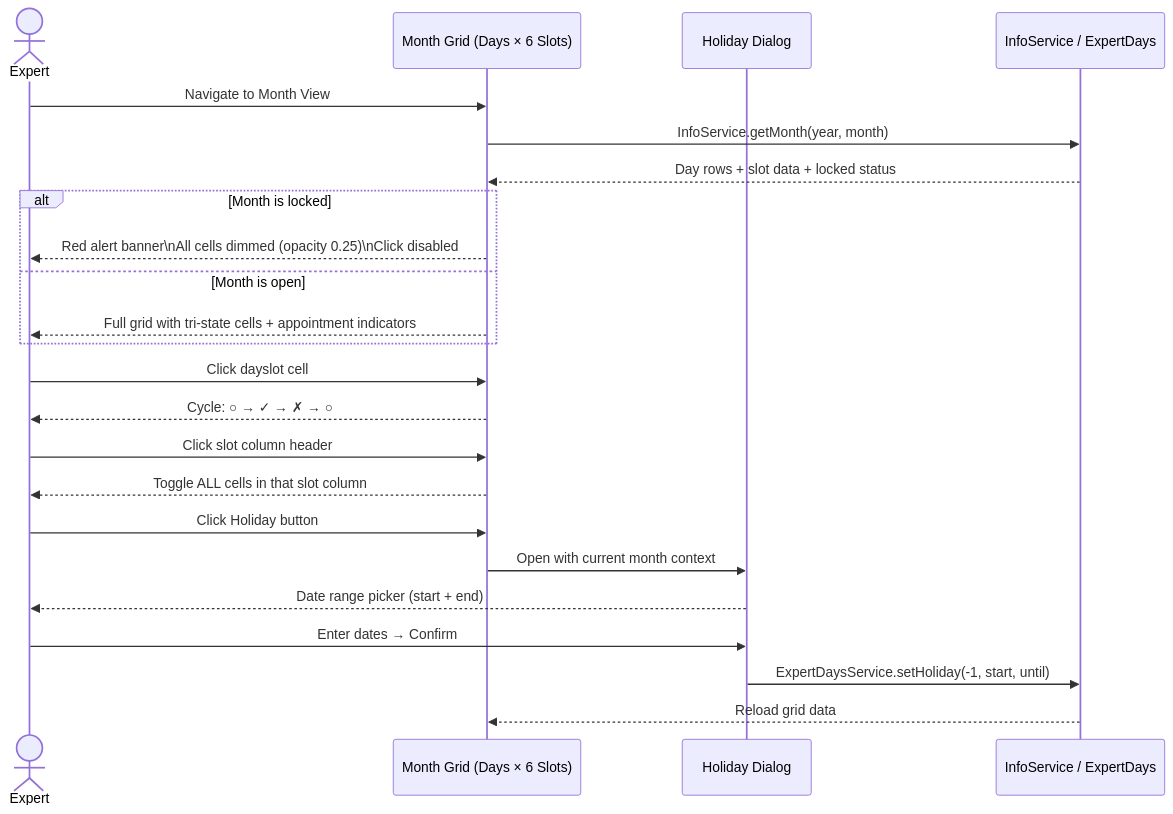
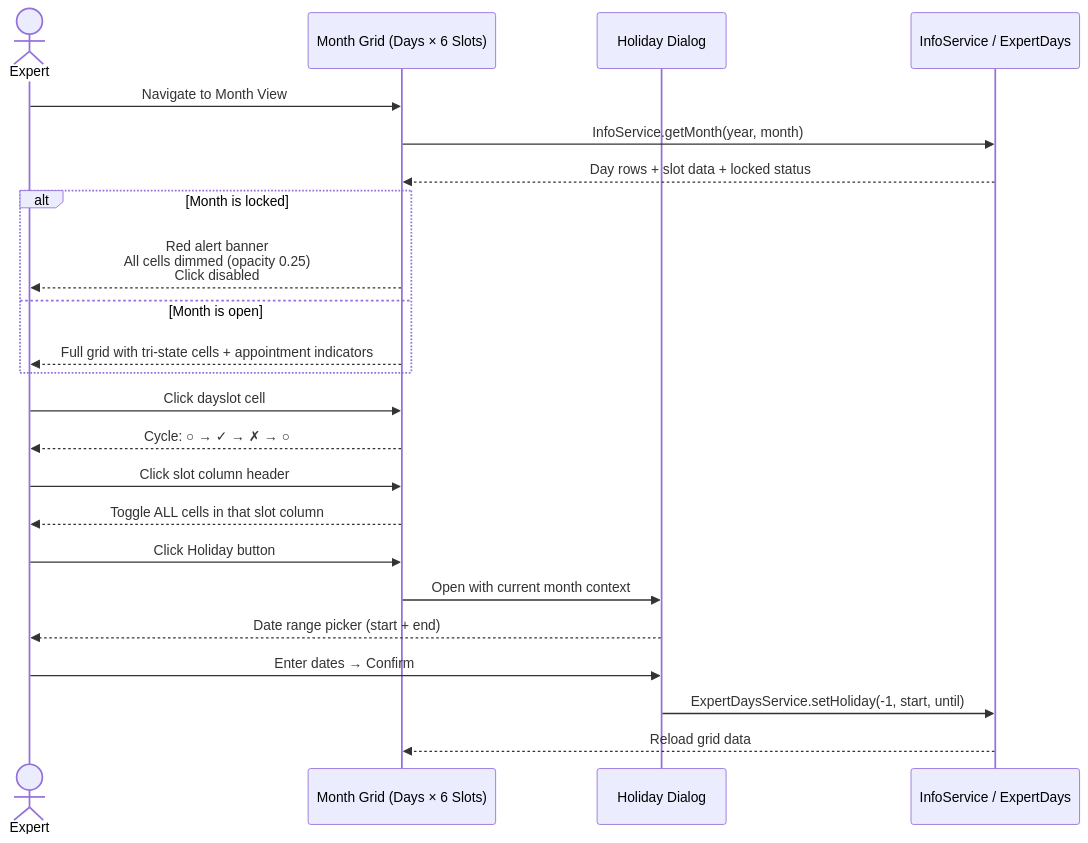
One commit to RaphaelBossek/BearStudio-start-ui-web changed the ninth of 12 diagrams in specs/wireframes/planning/workflows.md. Above: the diagram before and after it, drawn with Mermaid. The commit also changed other lines of this file and 14 other files, not shown here.

First line of the commit message:
fix(mermaid): replace \n with <br> for proper line breaks

````diff
--- a/specs/wireframes/planning/workflows.md
+++ b/specs/wireframes/planning/workflows.md
@@ -404,31 +404,31 @@
 ```mermaid
 sequenceDiagram
     actor Expert
     participant MonthGrid as Month Grid (Days × 6 Slots)
     participant HolidayDlg as Holiday Dialog
     participant Server as InfoService / ExpertDays
 
     Expert->>MonthGrid: Navigate to Month View
     MonthGrid->>Server: InfoService.getMonth(year, month)
     Server-->>MonthGrid: Day rows + slot data + locked status
 
     alt Month is locked
-        MonthGrid-->>Expert: Red alert banner\nAll cells dimmed (opacity 0.25)\nClick disabled
+        MonthGrid-->>Expert: Red alert banner<br>All cells dimmed (opacity 0.25)<br>Click disabled
     else Month is open
         MonthGrid-->>Expert: Full grid with tri-state cells + appointment indicators
     end
 
     Expert->>MonthGrid: Click dayslot cell
     MonthGrid-->>Expert: Cycle: ○ → ✓ → ✗ → ○
 
     Expert->>MonthGrid: Click slot column header
     MonthGrid-->>Expert: Toggle ALL cells in that slot column
 
     Expert->>MonthGrid: Click Holiday button
     MonthGrid->>HolidayDlg: Open with current month context
     HolidayDlg-->>Expert: Date range picker (start + end)
 
     Expert->>HolidayDlg: Enter dates → Confirm
     HolidayDlg->>Server: ExpertDaysService.setHoliday(-1, start, until)
     Server-->>MonthGrid: Reload grid data
 ```
````
